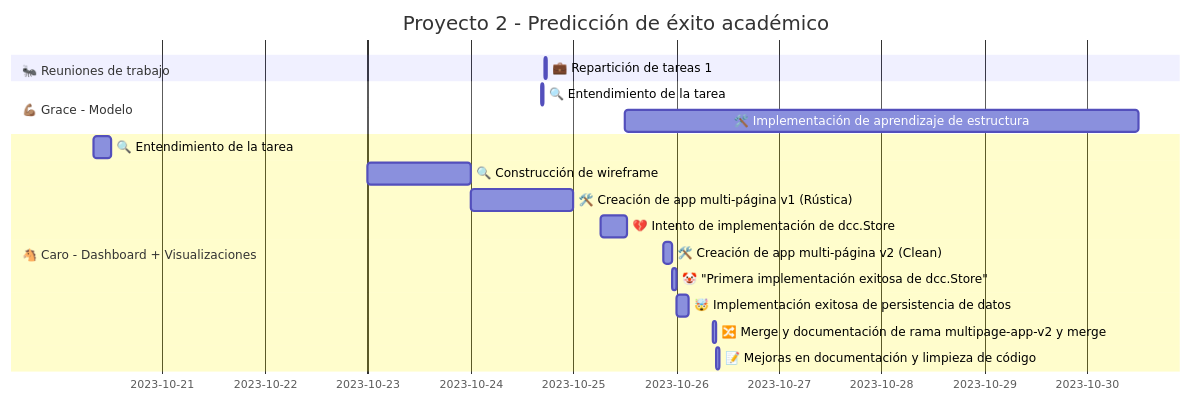
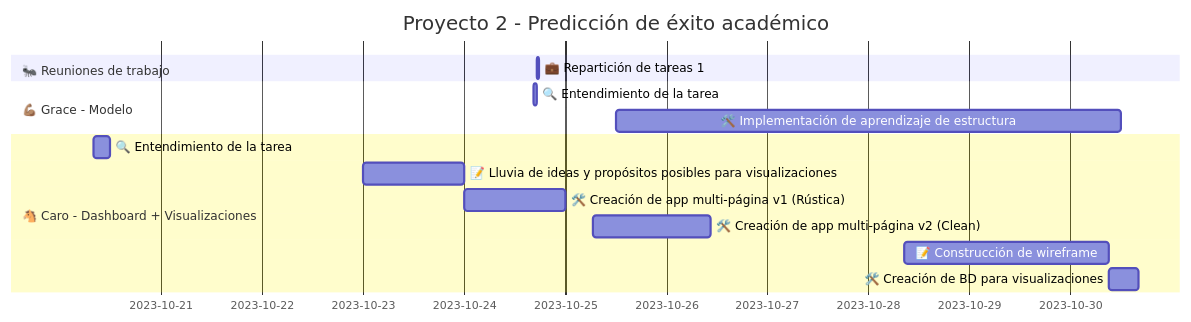
One commit to zcrodriguez/AC_IPP_P2 changed the diagram in README.md. Above: the diagram before and after it, drawn with Mermaid. The commit also changed other lines of this file and 3 other files, not shown here.

First line of the commit message:
Creación de base de datos para visualizations.py

````diff
--- a/README.md
+++ b/README.md
@@ -5,20 +5,17 @@
 ```mermaid
 gantt
     title Proyecto 2 - Predicción de éxito académico
     dateFormat  YYYY-MM-DD
     section 🐜 Reuniones de trabajo
     💼 Repartición de tareas 1:2023-10-24 17:21,30m
     section 💪🏽 Grace - Modelo
     🔍 Entendimiento de la tarea:2023-10-24 16:30,40m
     🛠️ Implementación de aprendizaje de estructura: 2023-10-25 12:00, 5d
     section 🐴 Caro - Dashboard + Visualizaciones
     🔍 Entendimiento de la tarea:2023-10-20 8:00,4h
-    🔍 Construcción de wireframe:2023-10-23,1d
+    📝 Lluvia de ideas y propósitos posibles para visualizaciones:2023-10-23,1d
     🛠️ Creación de app multi-página v1 (Rústica):2023-10-24,1d
-    💔 Intento de implementación de dcc.Store:2023-10-25 6:30, 6h
-    🛠️ Creación de app multi-página v2 (Clean):2023-10-25 21:00, 2h
-    🤡 "Primera implementación exitosa de dcc.Store":2023-10-25 23:00, 1h
-    🤯 Implementación exitosa de persistencia de datos:2023-10-26 00:00, 3h
-    🔀 Merge y documentación de rama multipage-app-v2 y merge:2023-10-26 8:30, 1h
-    📝 Mejoras en documentación y limpieza de código:2023-10-26 9:30, 40m
+    🛠️ Creación de app multi-página v2 (Clean):2023-10-25 6:30, 28h
+    📝 Construcción de wireframe:2023-10-28 8:30, 48.5h
+    🛠️ Creación de BD para visualizaciones:2023-10-30 9:10, 7h
 ```
````
